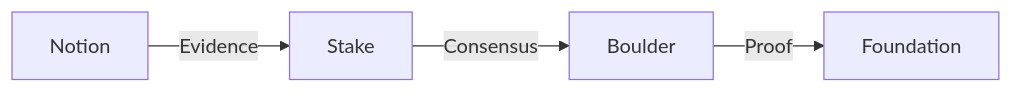
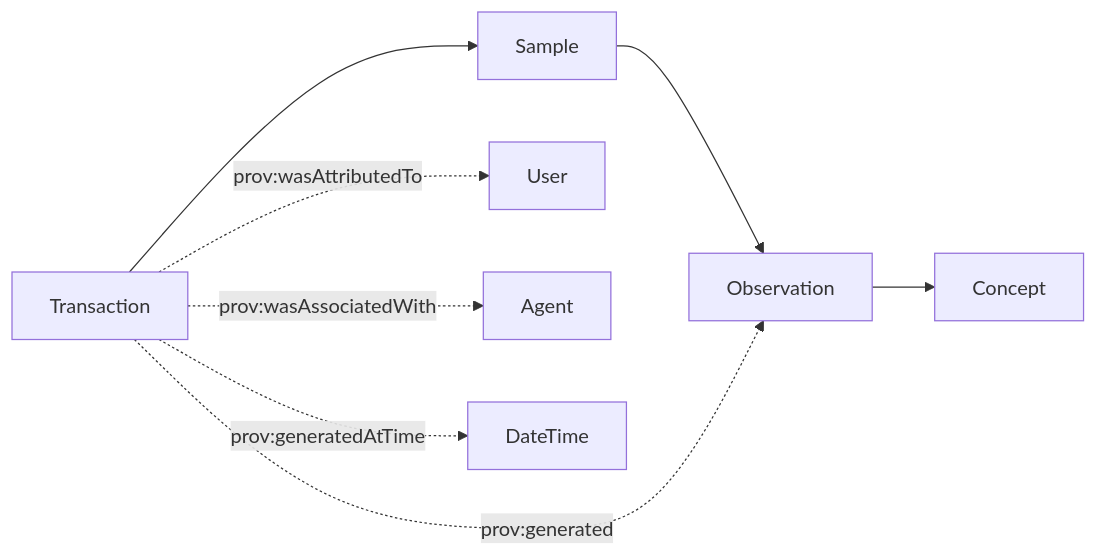
One commit to Synthetic-Identity-Co/conj-talk-2025 changed the seventh of 8 diagrams in presenter.md. Above: the diagram before and after it, drawn with Mermaid. The commit also changed other lines of this file, not shown here.

````diff
--- a/presenter.md
+++ b/presenter.md
@@ -454,6 +454,11 @@
 ```mermaid
 graph LR
-    A[Notion] -->|Evidence| B[Stake]
-    B -->|Consensus| C[Boulder]
-    C -->|Proof| D[Foundation]
+    T[Transaction] --> S[Sample]
+    S --> O[Observation]
+    O --> C[Concept]
+    
+    T -.-> |prov:wasAttributedTo| U[User]
+    T -.-> |prov:wasAssociatedWith| A[Agent]
+    T -.-> |prov:generatedAtTime| D[DateTime]
+    T -.-> |prov:generated| O
 ```
````
